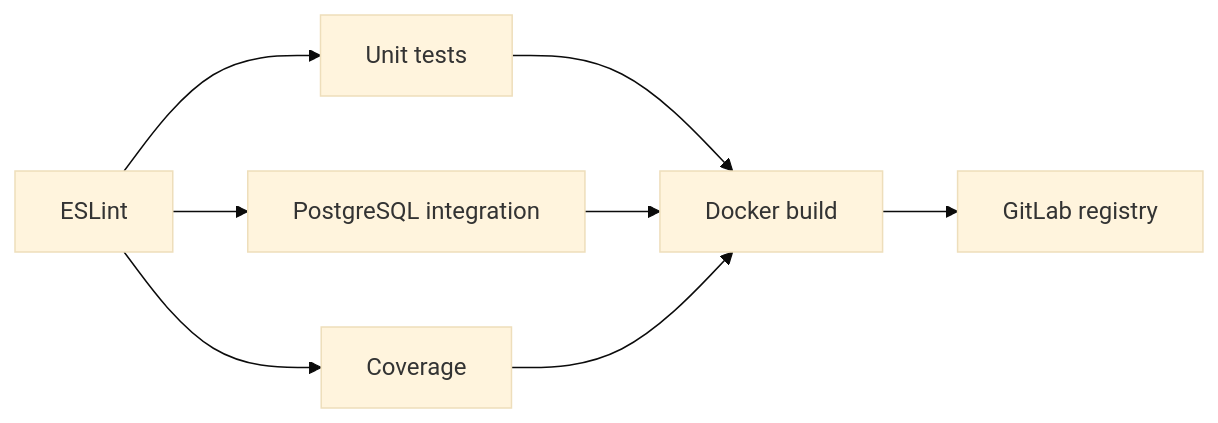
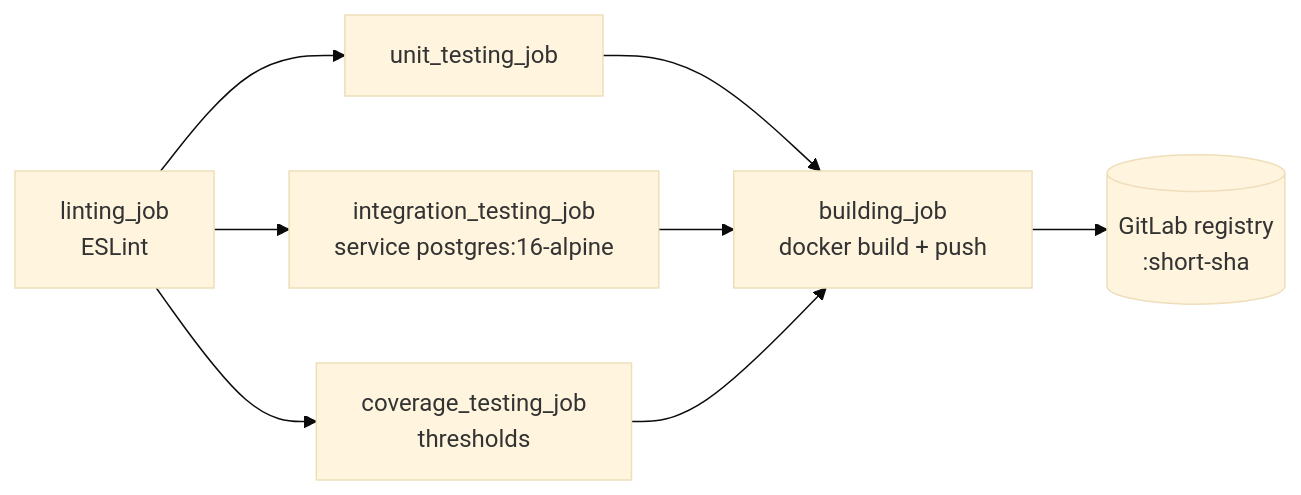
One commit to Songhai9/anime-review-app changed the diagram in legacy/local/README.md. Above: the diagram before and after it, drawn with Mermaid (base theme). The commit also changed other lines of this file and 34 other files, not shown here.

````diff
--- a/legacy/local/README.md
+++ b/legacy/local/README.md
@@ -82,10 +83,10 @@
 ```mermaid
 flowchart LR
-    L[ESLint] --> U[Unit tests]
-    L --> I[PostgreSQL integration]
-    L --> C[Coverage]
-    U --> B[Docker build]
+    L[linting_job<br/>ESLint] --> U[unit_testing_job]
+    L --> I[integration_testing_job<br/>service postgres:16-alpine]
+    L --> C[coverage_testing_job<br/>thresholds]
+    U --> B[building_job<br/>docker build + push]
     I --> B
     C --> B
-    B --> R[GitLab registry]
+    B --> R[(GitLab registry<br/>:short-sha)]
 ```
````
